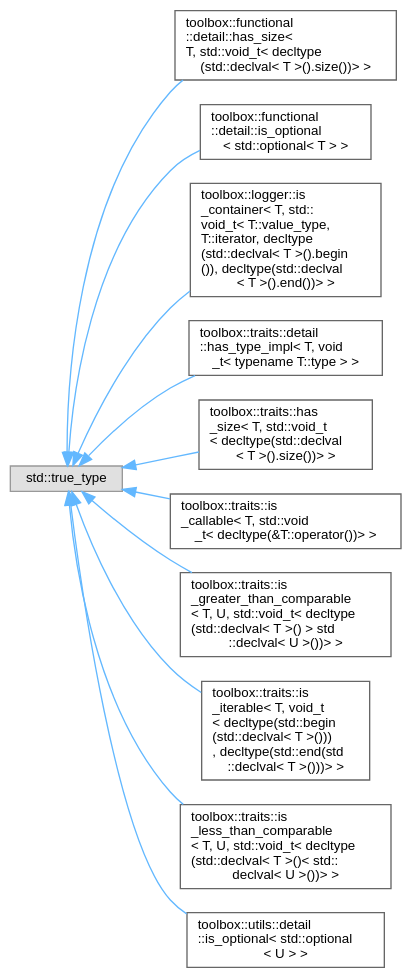
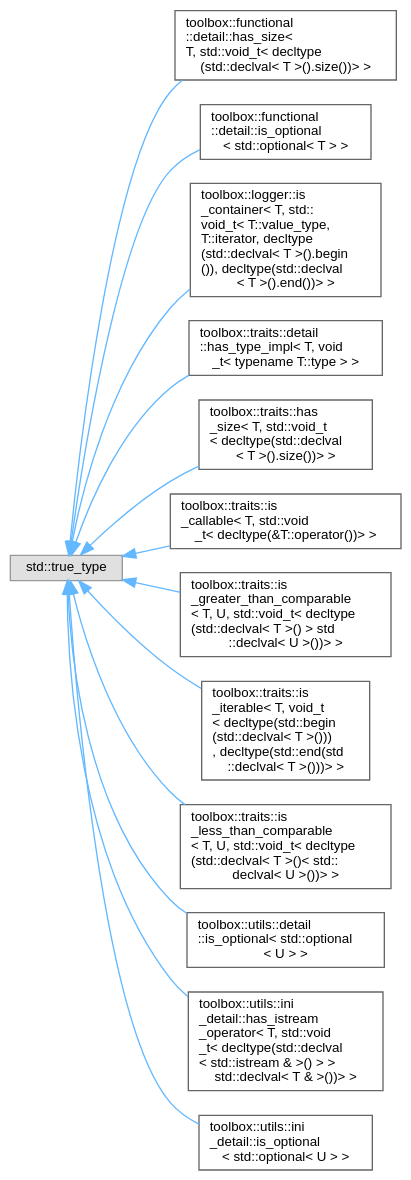
Before and after one commit to nerdneilsfield/cpp-toolbox: the diagram in inherit_graph_5.dot, drawn with Graphviz. The commit also changed 184 other files, not shown here.

```diff
--- a/inherit_graph_5.dot
+++ b/inherit_graph_5.dot
@@ -1,29 +1,33 @@
 digraph "Graphical Class Hierarchy"
 {
  // LATEX_PDF_SIZE
   bgcolor="transparent";
   edge [fontname=Helvetica,fontsize=10,labelfontname=Helvetica,labelfontsize=10];
   node [fontname=Helvetica,fontsize=10,shape=box,height=0.2,width=0.4];
   rankdir="LR";
   Node0 [id="Node000000",label="std::true_type",height=0.2,width=0.4,color="grey60", fillcolor="#E0E0E0", style="filled",tooltip=" "];
-  Node0 -> Node1 [id="edge18_Node000000_Node000001",dir="back",color="steelblue1",style="solid",tooltip=" "];
+  Node0 -> Node1 [id="edge20_Node000000_Node000001",dir="back",color="steelblue1",style="solid",tooltip=" "];
   Node1 [id="Node000001",label="toolbox::functional\l::detail::has_size\<\l T, std::void_t\< decltype\l(std::declval\< T \>().size())\> \>",height=0.2,width=0.4,color="grey40", fillcolor="white", style="filled",URL="$structtoolbox_1_1functional_1_1detail_1_1has__size_3_01_t_00_01std_1_1void__t_3_01decltype_07std431779fbfc2ce525a80568a6245b1d79.html",tooltip=" "];
-  Node0 -> Node2 [id="edge19_Node000000_Node000002",dir="back",color="steelblue1",style="solid",tooltip=" "];
+  Node0 -> Node2 [id="edge21_Node000000_Node000002",dir="back",color="steelblue1",style="solid",tooltip=" "];
   Node2 [id="Node000002",label="toolbox::functional\l::detail::is_optional\l\< std::optional\< T \> \>",height=0.2,width=0.4,color="grey40", fillcolor="white", style="filled",URL="$structtoolbox_1_1functional_1_1detail_1_1is__optional_3_01std_1_1optional_3_01_t_01_4_01_4.html",tooltip=" "];
-  Node0 -> Node3 [id="edge20_Node000000_Node000003",dir="back",color="steelblue1",style="solid",tooltip=" "];
+  Node0 -> Node3 [id="edge22_Node000000_Node000003",dir="back",color="steelblue1",style="solid",tooltip=" "];
   Node3 [id="Node000003",label="toolbox::logger::is\l_container\< T, std::\lvoid_t\< T::value_type,\l T::iterator, decltype\l(std::declval\< T \>().begin\l()), decltype(std::declval\l\< T \>().end())\> \>",height=0.2,width=0.4,color="grey40", fillcolor="white", style="filled",URL="$structtoolbox_1_1logger_1_1is__container_3_01_t_00_01std_1_1void__t_3_01_t_1_1value__type_00_01_1041f7af6953dcde600448a7d1be57a1.html",tooltip=" "];
-  Node0 -> Node4 [id="edge21_Node000000_Node000004",dir="back",color="steelblue1",style="solid",tooltip=" "];
+  Node0 -> Node4 [id="edge23_Node000000_Node000004",dir="back",color="steelblue1",style="solid",tooltip=" "];
   Node4 [id="Node000004",label="toolbox::traits::detail\l::has_type_impl\< T, void\l_t\< typename T::type \> \>",height=0.2,width=0.4,color="grey40", fillcolor="white", style="filled",URL="$structtoolbox_1_1traits_1_1detail_1_1has__type__impl_3_01_t_00_01void__t_3_01typename_01_t_1_1type_01_4_01_4.html",tooltip="检查类型是否具有type成员(特化版本)/Check if type has a type member (specialization)"];
-  Node0 -> Node5 [id="edge22_Node000000_Node000005",dir="back",color="steelblue1",style="solid",tooltip=" "];
+  Node0 -> Node5 [id="edge24_Node000000_Node000005",dir="back",color="steelblue1",style="solid",tooltip=" "];
   Node5 [id="Node000005",label="toolbox::traits::has\l_size\< T, std::void_t\l\< decltype(std::declval\l\< T \>().size())\> \>",height=0.2,width=0.4,color="grey40", fillcolor="white", style="filled",URL="$structtoolbox_1_1traits_1_1has__size_3_01_t_00_01std_1_1void__t_3_01decltype_07std_1_1declval_3_ae1b1d65497178907f8aa92c18c8ee7d.html",tooltip=" "];
-  Node0 -> Node6 [id="edge23_Node000000_Node000006",dir="back",color="steelblue1",style="solid",tooltip=" "];
+  Node0 -> Node6 [id="edge25_Node000000_Node000006",dir="back",color="steelblue1",style="solid",tooltip=" "];
   Node6 [id="Node000006",label="toolbox::traits::is\l_callable\< T, std::void\l_t\< decltype(&T::operator())\> \>",height=0.2,width=0.4,color="grey40", fillcolor="white", style="filled",URL="$structtoolbox_1_1traits_1_1is__callable_3_01_t_00_01std_1_1void__t_3_01decltype_07_6_t_1_1operator_07_08_08_4_01_4.html",tooltip=" "];
-  Node0 -> Node7 [id="edge24_Node000000_Node000007",dir="back",color="steelblue1",style="solid",tooltip=" "];
+  Node0 -> Node7 [id="edge26_Node000000_Node000007",dir="back",color="steelblue1",style="solid",tooltip=" "];
   Node7 [id="Node000007",label="toolbox::traits::is\l_greater_than_comparable\l\< T, U, std::void_t\< decltype\l(std::declval\< T \>() \> std\l::declval\< U \>())\> \>",height=0.2,width=0.4,color="grey40", fillcolor="white", style="filled",URL="$structtoolbox_1_1traits_1_1is__greater__than__comparable_3_01_t_00_01_u_00_01std_1_1void__t_3_01e12039f554bf02a65bcf2c70b4be1eb1.html",tooltip="is_greater_than_comparable 的特化：当T和U支持>运算符时为true_type/Specialization of is_greater_than_comparable: tr..."];
-  Node0 -> Node8 [id="edge25_Node000000_Node000008",dir="back",color="steelblue1",style="solid",tooltip=" "];
+  Node0 -> Node8 [id="edge27_Node000000_Node000008",dir="back",color="steelblue1",style="solid",tooltip=" "];
   Node8 [id="Node000008",label="toolbox::traits::is\l_iterable\< T, void_t\l\< decltype(std::begin\l(std::declval\< T \>()))\l, decltype(std::end(std\l::declval\< T \>()))\> \>",height=0.2,width=0.4,color="grey40", fillcolor="white", style="filled",URL="$structtoolbox_1_1traits_1_1is__iterable_3_01_t_00_01void__t_3_01decltype_07std_1_1begin_07std_1_7117ff6ec554ee2c38ff708913db827f.html",tooltip=" "];
-  Node0 -> Node9 [id="edge26_Node000000_Node000009",dir="back",color="steelblue1",style="solid",tooltip=" "];
+  Node0 -> Node9 [id="edge28_Node000000_Node000009",dir="back",color="steelblue1",style="solid",tooltip=" "];
   Node9 [id="Node000009",label="toolbox::traits::is\l_less_than_comparable\l\< T, U, std::void_t\< decltype\l(std::declval\< T \>()\< std::\ldeclval\< U \>())\> \>",height=0.2,width=0.4,color="grey40", fillcolor="white", style="filled",URL="$structtoolbox_1_1traits_1_1is__less__than__comparable_3_01_t_00_01_u_00_01std_1_1void__t_3_01decfcd281f6f40dc9ba8bdb84058aecabad.html",tooltip="is_less_than_comparable 的特化：当T和U支持<运算符时为true_type/Specialization of is_less_than_comparable: true_typ..."];
-  Node0 -> Node10 [id="edge27_Node000000_Node000010",dir="back",color="steelblue1",style="solid",tooltip=" "];
+  Node0 -> Node10 [id="edge29_Node000000_Node000010",dir="back",color="steelblue1",style="solid",tooltip=" "];
   Node10 [id="Node000010",label="toolbox::utils::detail\l::is_optional\< std::optional\l\< U \> \>",height=0.2,width=0.4,color="grey40", fillcolor="white", style="filled",URL="$structtoolbox_1_1utils_1_1detail_1_1is__optional_3_01std_1_1optional_3_01_u_01_4_01_4.html",tooltip=" "];
+  Node0 -> Node11 [id="edge30_Node000000_Node000011",dir="back",color="steelblue1",style="solid",tooltip=" "];
+  Node11 [id="Node000011",label="toolbox::utils::ini\l_detail::has_istream\l_operator\< T, std::void\l_t\< decltype(std::declval\l\< std::istream & \>() \> \>\l std::declval\< T & \>())\> \>",height=0.2,width=0.4,color="grey40", fillcolor="white", style="filled",URL="$structtoolbox_1_1utils_1_1ini__detail_1_1has__istream__operator_3_01_t_00_01std_1_1void__t_3_01d111b8d6ba70747b432a9bed870293f28.html",tooltip=" "];
+  Node0 -> Node12 [id="edge31_Node000000_Node000012",dir="back",color="steelblue1",style="solid",tooltip=" "];
+  Node12 [id="Node000012",label="toolbox::utils::ini\l_detail::is_optional\l\< std::optional\< U \> \>",height=0.2,width=0.4,color="grey40", fillcolor="white", style="filled",URL="$structtoolbox_1_1utils_1_1ini__detail_1_1is__optional_3_01std_1_1optional_3_01_u_01_4_01_4.html",tooltip=" "];
 }
```
